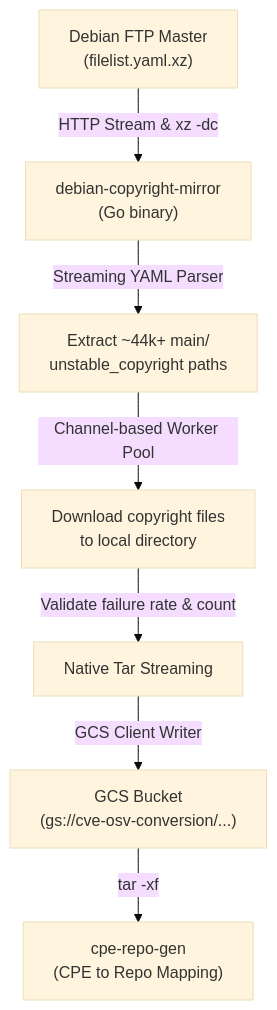
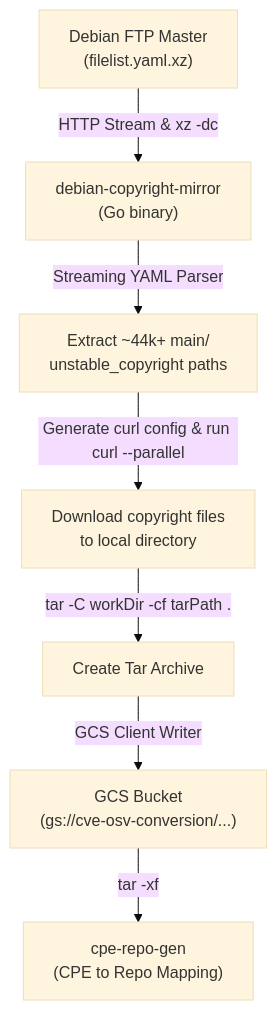
One commit to google/osv.dev changed the diagram in vulnfeeds/cmd/mirrors/debian-copyright-mirror/README.md. Above: the diagram before and after it, drawn with Mermaid (base theme). The commit also changed other lines of this file and 3 other files, not shown here.

````diff
--- a/vulnfeeds/cmd/mirrors/debian-copyright-mirror/README.md
+++ b/vulnfeeds/cmd/mirrors/debian-copyright-mirror/README.md
@@ -38,9 +38,9 @@
 ```mermaid
 graph TD
     A["Debian FTP Master<br/>(filelist.yaml.xz)"] -->|HTTP Stream & xz -dc| B["debian-copyright-mirror<br/>(Go binary)"]
     B -->|Streaming YAML Parser| C["Extract ~44k+ main/<br/>unstable_copyright paths"]
-    C -->|Channel-based Worker Pool| D["Download copyright files<br/>to local directory"]
-    D -->|Validate failure rate & count| E["Native Tar Streaming"]
+    C -->|Generate curl config & run curl --parallel| D["Download copyright files<br/>to local directory"]
+    D -->|tar -C workDir -cf tarPath .| E["Create Tar Archive"]
     E -->|GCS Client Writer| F["GCS Bucket<br/>(gs://cve-osv-conversion/...)"]
     F -->|tar -xf| G["cpe-repo-gen<br/>(CPE to Repo Mapping)"]
 ```
````
